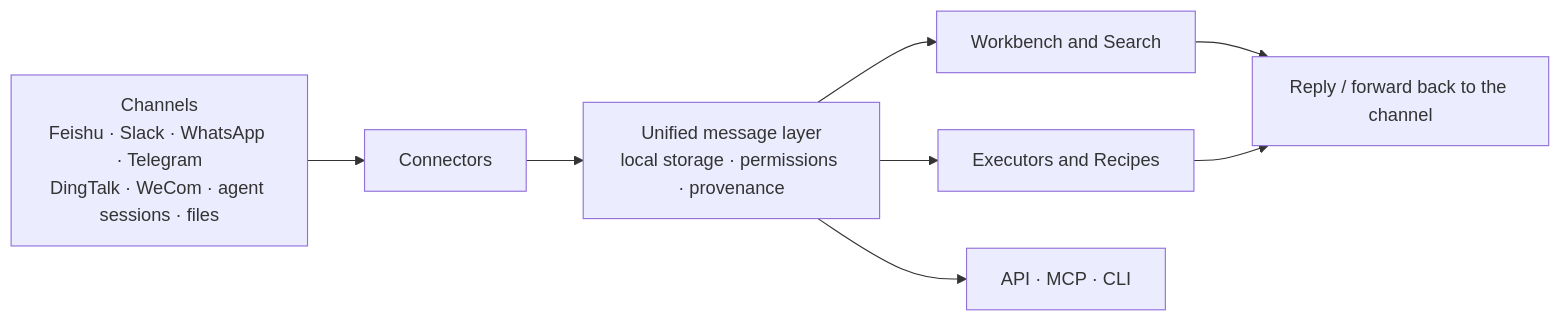
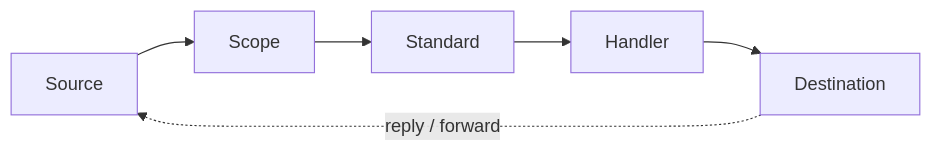
Before and after one commit to regenic-ai/regenic: the diagram in docs/en/PRODUCT.md, drawn with Mermaid. The commit also changed other lines of this file and 129 other files, not shown here.

First line of the commit message:
Remove built-in scenario products and let any Agent answer a search.

````diff
--- a/docs/en/PRODUCT.md
+++ b/docs/en/PRODUCT.md
@@ -18,9 +20,5 @@
 ```mermaid
 flowchart LR
-  A[Channels<br/>Feishu · Slack · WhatsApp · Telegram<br/>DingTalk · WeCom · agent sessions · files] --> B[Connectors]
-  B --> C[Unified message layer<br/>local storage · permissions · provenance]
-  C --> D[Workbench and Search]
-  C --> E[Executors and Recipes]
-  C --> F[API · MCP · CLI]
-  D & E --> G[Reply / forward back to the channel]
+  A[Source] --> B[Scope] --> C[Standard] --> D[Handler] --> E[Destination]
+  E -.reply / forward.-> A
 ```
````
